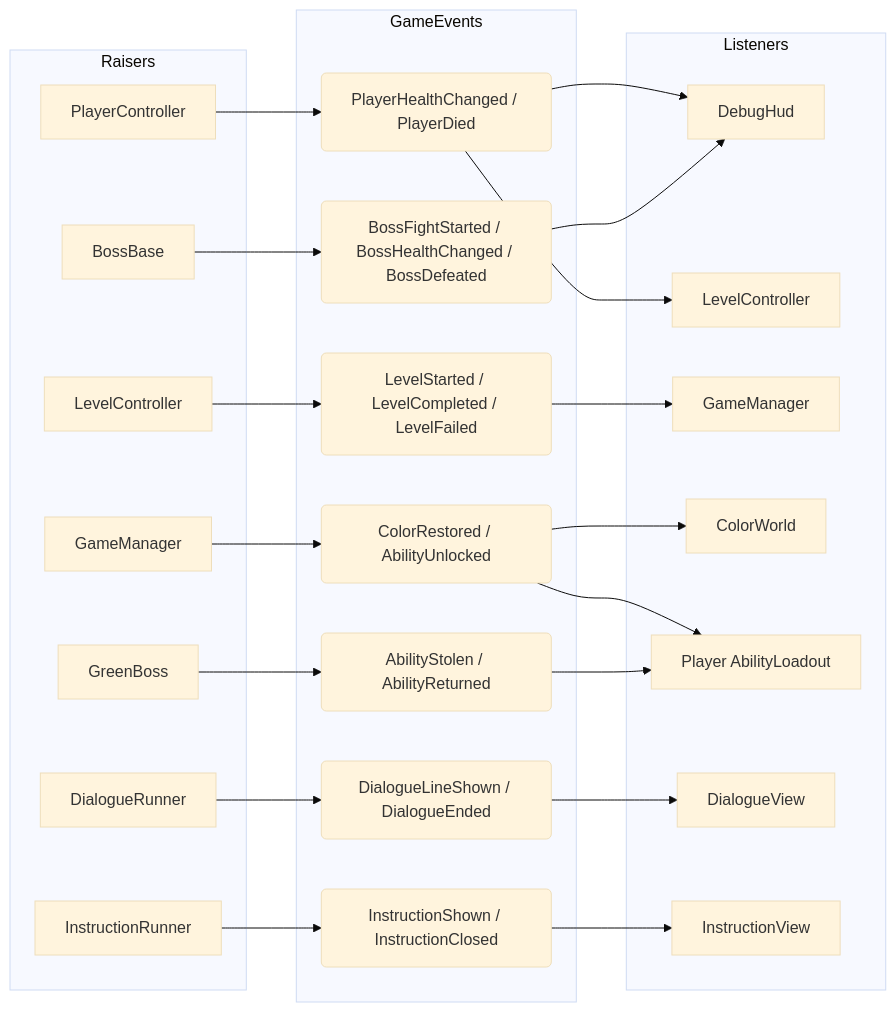
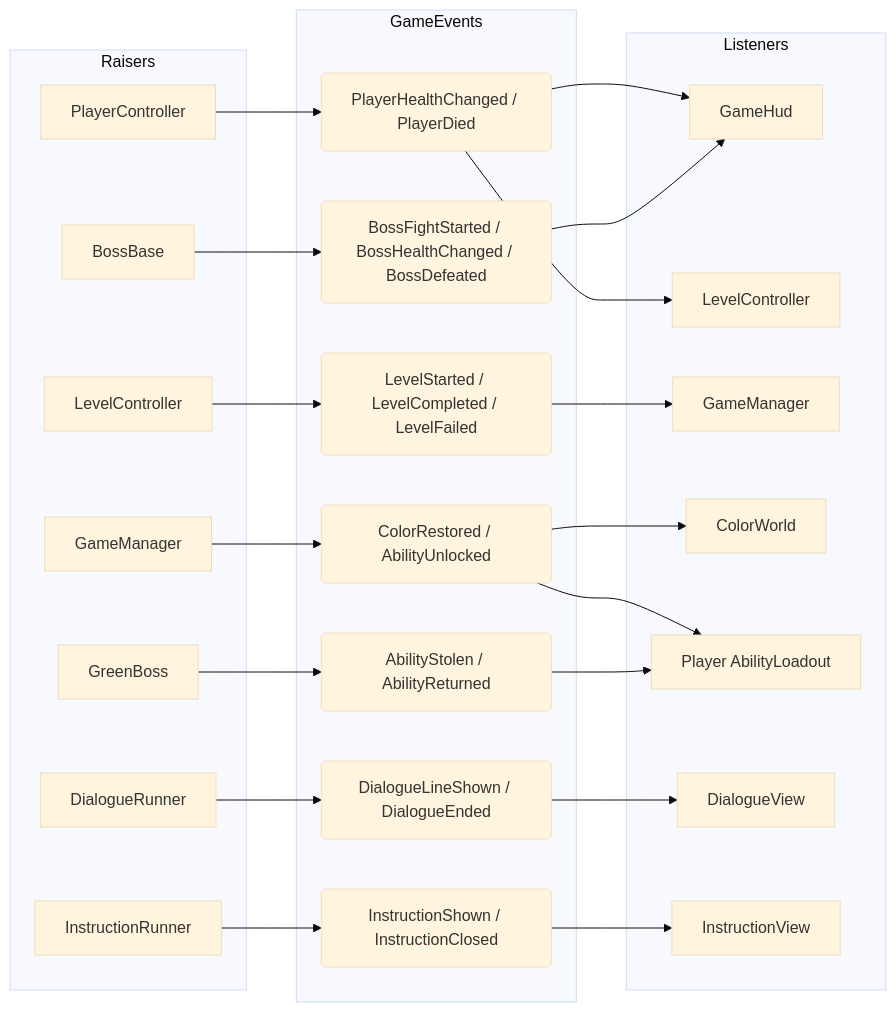
The second of 3 diagrams in ARCHITECTURE.md (Waldron-Wang/Roygbiv_GameJam), drawn with Mermaid (base theme) before and after one commit. The commit also changed other lines of this file and 10 other files, not shown here.

````diff
--- a/ARCHITECTURE.md
+++ b/ARCHITECTURE.md
@@ -112,39 +112,39 @@
 ```mermaid
 flowchart LR
     subgraph Raisers
         PC[PlayerController]
         BB[BossBase]
         LC[LevelController]
         GMr[GameManager]
         GB[GreenBoss]
         DRr[DialogueRunner]
         INr[InstructionRunner]
     end
     subgraph Events[GameEvents]
         E1(PlayerHealthChanged / PlayerDied)
         E2(BossFightStarted / BossHealthChanged / BossDefeated)
         E3(LevelStarted / LevelCompleted / LevelFailed)
         E4(ColorRestored / AbilityUnlocked)
         E5(AbilityStolen / AbilityReturned)
         E6(DialogueLineShown / DialogueEnded)
         E7(InstructionShown / InstructionClosed)
     end
     subgraph Listeners
-        HUD[DebugHud]
+        HUD[GameHud]
         LCl[LevelController]
         GMl[GameManager]
         CW[ColorWorld]
         AL[Player AbilityLoadout]
         DV[DialogueView]
         IV[InstructionView]
     end
     PC --> E1 --> HUD
     E1 --> LCl
     BB --> E2 --> HUD
     LC --> E3 --> GMl
     GMr --> E4 --> CW
     E4 --> AL
     GB --> E5 --> AL
     DRr --> E6 --> DV
     INr --> E7 --> IV
 ```
````
